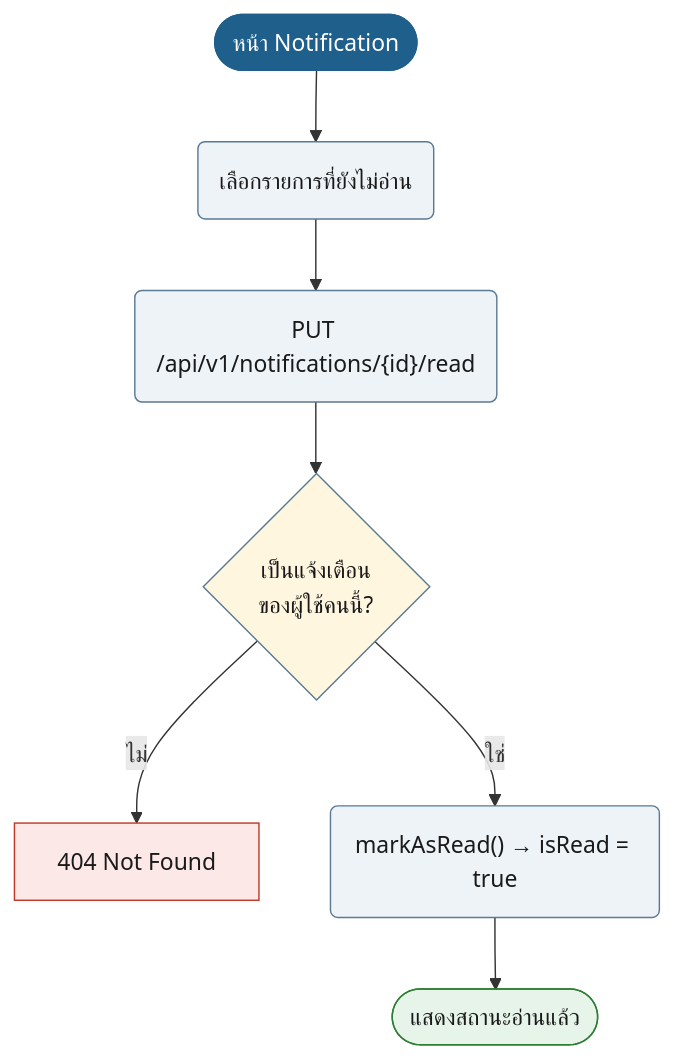
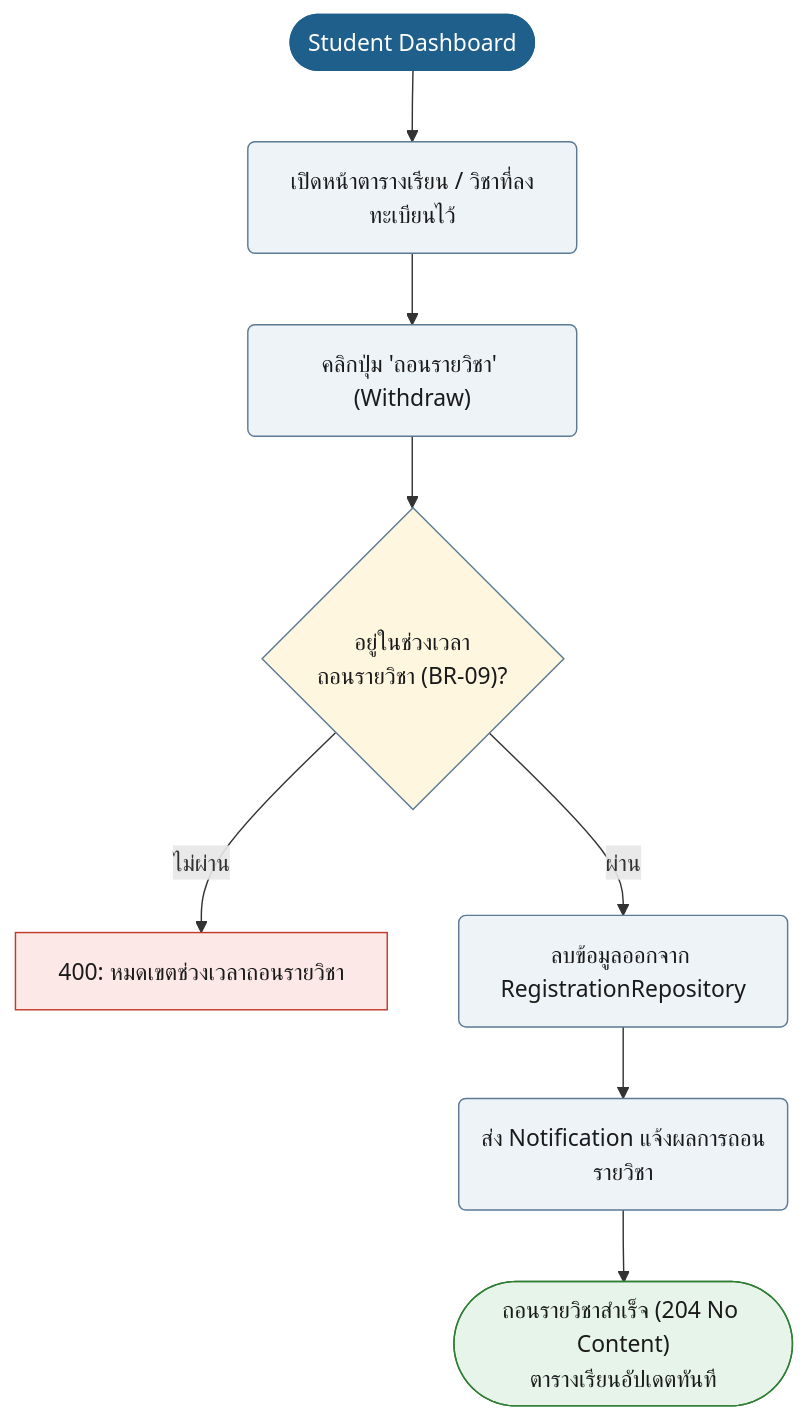
The fifth of 19 diagrams in doc/diagram/Userflow_diagram.md (synthesixer/AcadOS), drawn with Mermaid before and after one commit. The commit also changed other lines of this file and 8 other files, not shown here.

````diff
--- a/doc/diagram/Userflow_diagram.md
+++ b/doc/diagram/Userflow_diagram.md
@@ -229,22 +211,23 @@
 ```mermaid
 flowchart TD
-    n1(["หน้า Notification"]):::start
-    n2("เลือกรายการที่ยังไม่อ่าน"):::act
-    n3("PUT /api/v1/notifications/{id}/read"):::act
-    n1 --> n2
-    n2 --> n3
-    n4{"เป็นแจ้งเตือน<br/>ของผู้ใช้คนนี้?"}:::dec
+    n1(["Student Dashboard"]):::start
+    n2("เปิดหน้าตารางเรียน / วิชาที่ลงทะเบียนไว้"):::act
+    n3("คลิกปุ่ม 'ถอนรายวิชา' (Withdraw)"):::act
+    n1 --> n2 --> n3
+    n4{"อยู่ในช่วงเวลา<br/>ถอนรายวิชา (BR-09)?"}:::dec
     n3 --> n4
-    n5["404 Not Found"]:::bad
-    n4 -->|ไม่| n5
-    n6("markAsRead() → isRead = true"):::act
-    n4 -->|ใช่| n6
-    n7(["แสดงสถานะอ่านแล้ว"]):::ok
+    n5["400: หมดเขตช่วงเวลาถอนรายวิชา"]:::bad
+    n4 -->|ไม่ผ่าน| n5
+    n6("ลบข้อมูลออกจาก RegistrationRepository"):::act
+    n4 -->|ผ่าน| n6
+    n7("ส่ง Notification แจ้งผลการถอนรายวิชา"):::act
     n6 --> n7
+    n8(["ถอนรายวิชาสำเร็จ (204 No Content)<br/>ตารางเรียนอัปเดตทันที"]):::ok
+    n7 --> n8
+
     classDef start fill:#1F5F8B,stroke:#1F5F8B,color:#fff
     classDef act fill:#EEF3F8,stroke:#5B7A94,color:#1a1a1a
     classDef dec fill:#FFF6E0,stroke:#5B7A94,color:#1a1a1a
     classDef bad fill:#FCE8E6,stroke:#C0392B,color:#1a1a1a
     classDef ok fill:#E6F4EA,stroke:#2E7D32,color:#1a1a1a
-    classDef note fill:#F4F4F4,stroke:#999,color:#1a1a1a
 ```
````
